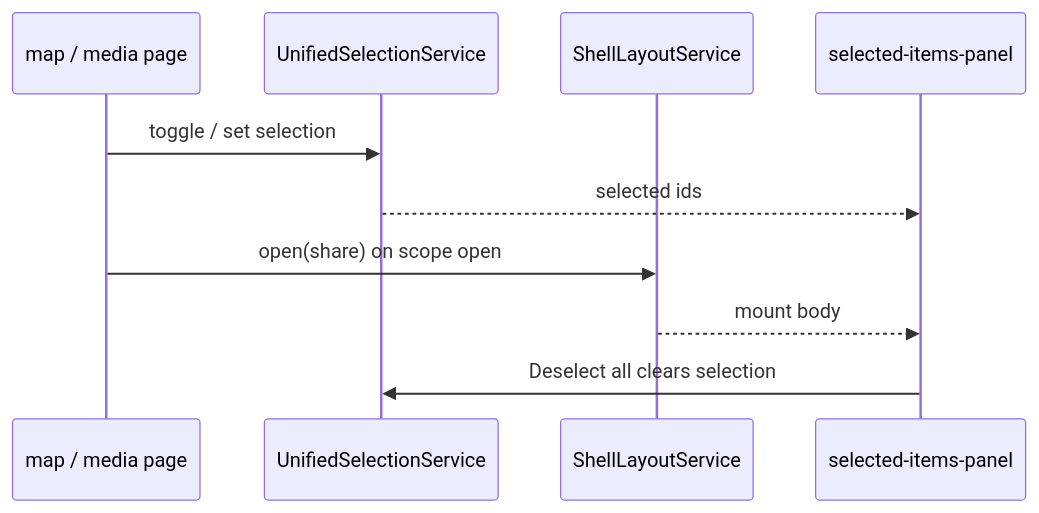
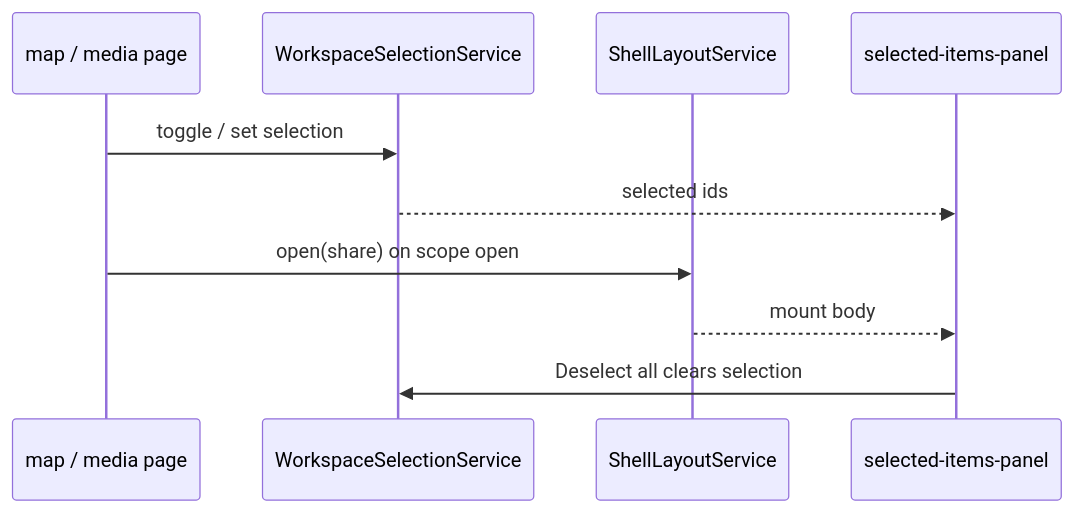
One commit to matkleve/feldpost changed the second of 2 diagrams in docs/specs/ui/shell/selected-items-panel.md. Above: the diagram before and after it, drawn with Mermaid. The commit also changed other lines of this file and 15 other files, not shown here.

````diff
--- a/docs/specs/ui/shell/selected-items-panel.md
+++ b/docs/specs/ui/shell/selected-items-panel.md
@@ -122,12 +125,12 @@
 ```mermaid
 sequenceDiagram
   participant Map as map / media page
-  participant Sel as UnifiedSelectionService
+  participant Sel as WorkspaceSelectionService
   participant Shell as ShellLayoutService
   participant Panel as selected-items-panel
   Map->>Sel: toggle / set selection
   Sel-->>Panel: selected ids
   Map->>Shell: open(share) on scope open
   Shell-->>Panel: mount body
   Panel->>Sel: Deselect all clears selection
 ```
````
